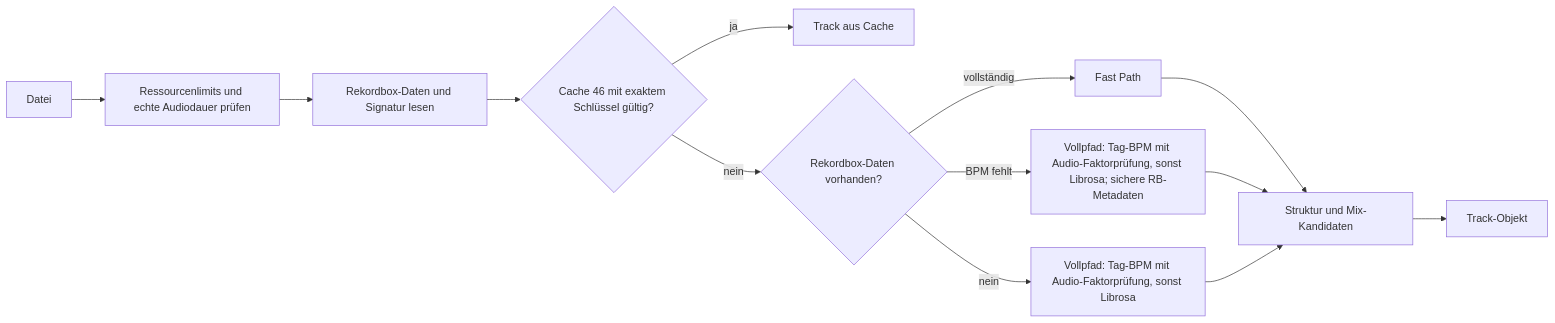
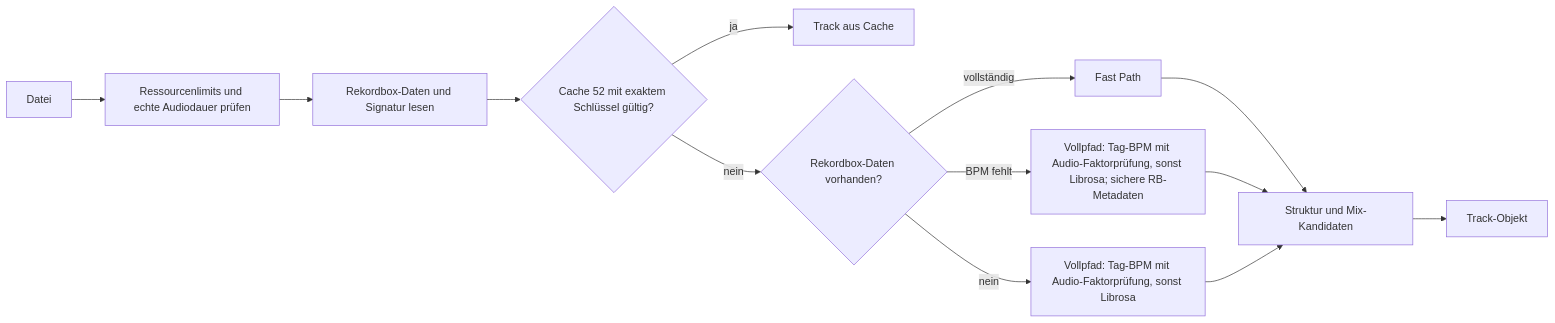
Before and after one commit to Crusty696/HarmonicPlaylistGenkopie_V2.0: the second of 9 diagrams in docs/TRACKAUSWAHL-UND-MIXPOINT-FLUSS.md, drawn with Mermaid. The commit also changed other lines of this file and 160 other files, not shown here.

````diff
--- a/docs/TRACKAUSWAHL-UND-MIXPOINT-FLUSS.md
+++ b/docs/TRACKAUSWAHL-UND-MIXPOINT-FLUSS.md
@@ -100,15 +100,15 @@
 ```mermaid
 flowchart LR
     A[Datei] --> R[Ressourcenlimits und echte Audiodauer prüfen]
     R --> S[Rekordbox-Daten und Signatur lesen]
-    S --> B{Cache 46 mit exaktem Schlüssel gültig?}
+    S --> B{Cache 52 mit exaktem Schlüssel gültig?}
     B -- ja --> C[Track aus Cache]
     B -- nein --> D{Rekordbox-Daten vorhanden?}
     D -- vollständig --> E[Fast Path]
     D -- BPM fehlt --> F["Vollpfad: Tag-BPM mit Audio-Faktorprüfung, sonst Librosa; sichere RB-Metadaten"]
     D -- nein --> G["Vollpfad: Tag-BPM mit Audio-Faktorprüfung, sonst Librosa"]
     E --> H[Struktur und Mix-Kandidaten]
     F --> H
     G --> H
     H --> I[Track-Objekt]
 ```
````
